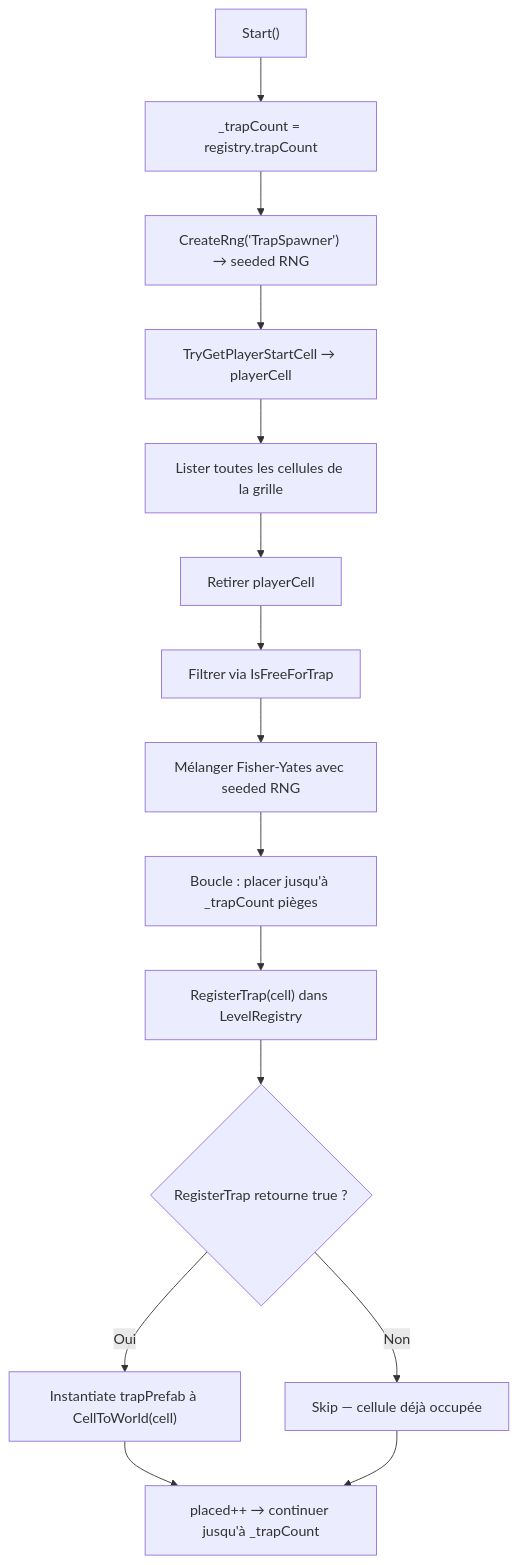
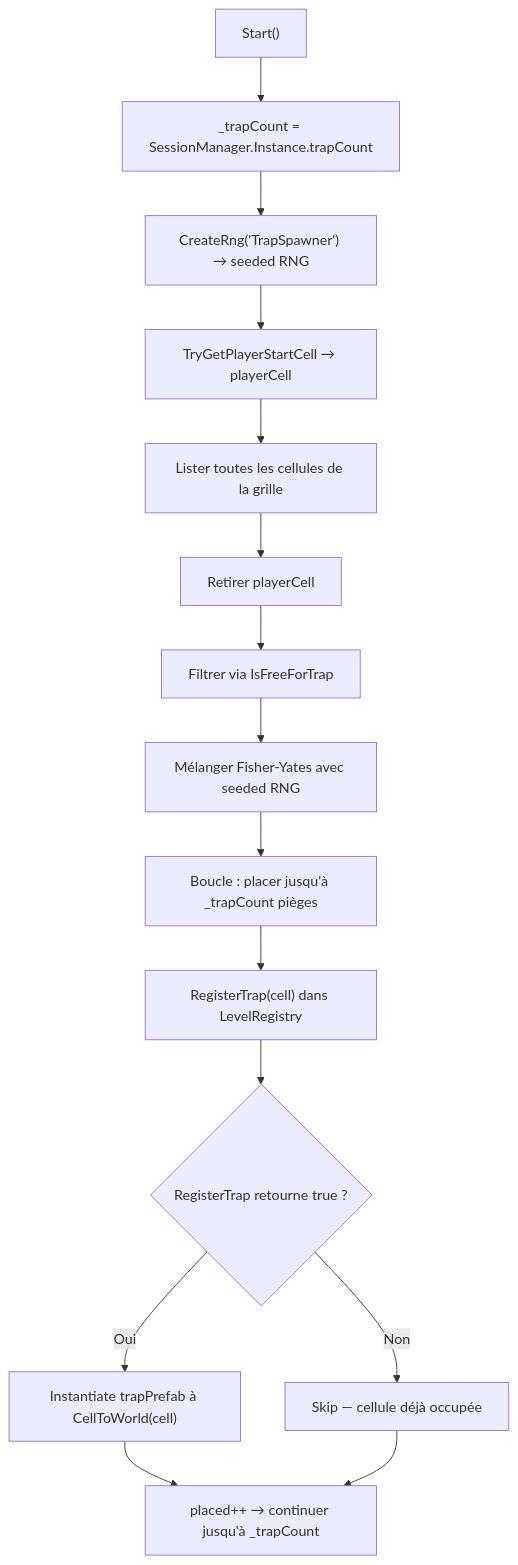
The fourth of 13 diagrams in Docs/TDD.md (PierreChagnon/BUGS), drawn with Mermaid before and after one commit. The commit also changed other lines of this file, not shown here.

Commit message:
TDD update : new SessionManager pipeline (research parameters)

````diff
--- a/Docs/TDD.md
+++ b/Docs/TDD.md
@@ -459,17 +460,17 @@
 ```mermaid
 graph TD
-    A["Start()"] --> A1["_trapCount = registry.trapCount"]
+    A["Start()"] --> A1["_trapCount = SessionManager.Instance.trapCount"]
     A1 --> A2["CreateRng('TrapSpawner') → seeded RNG"]
     A2 --> B["TryGetPlayerStartCell → playerCell"]
     B --> C["Lister toutes les cellules de la grille"]
     C --> D["Retirer playerCell"]
     D --> E["Filtrer via IsFreeForTrap"]
     E --> F["Mélanger Fisher-Yates avec seeded RNG"]
     F --> G["Boucle : placer jusqu'à _trapCount pièges"]
     G --> H["RegisterTrap(cell) dans LevelRegistry"]
     H --> I{RegisterTrap retourne true ?}
     I -->|Oui| J["Instantiate trapPrefab à CellToWorld(cell)"]
     I -->|Non| K[Skip — cellule déjà occupée]
     J --> L["placed++ → continuer jusqu'à _trapCount"]
     K --> L
 ```
````
